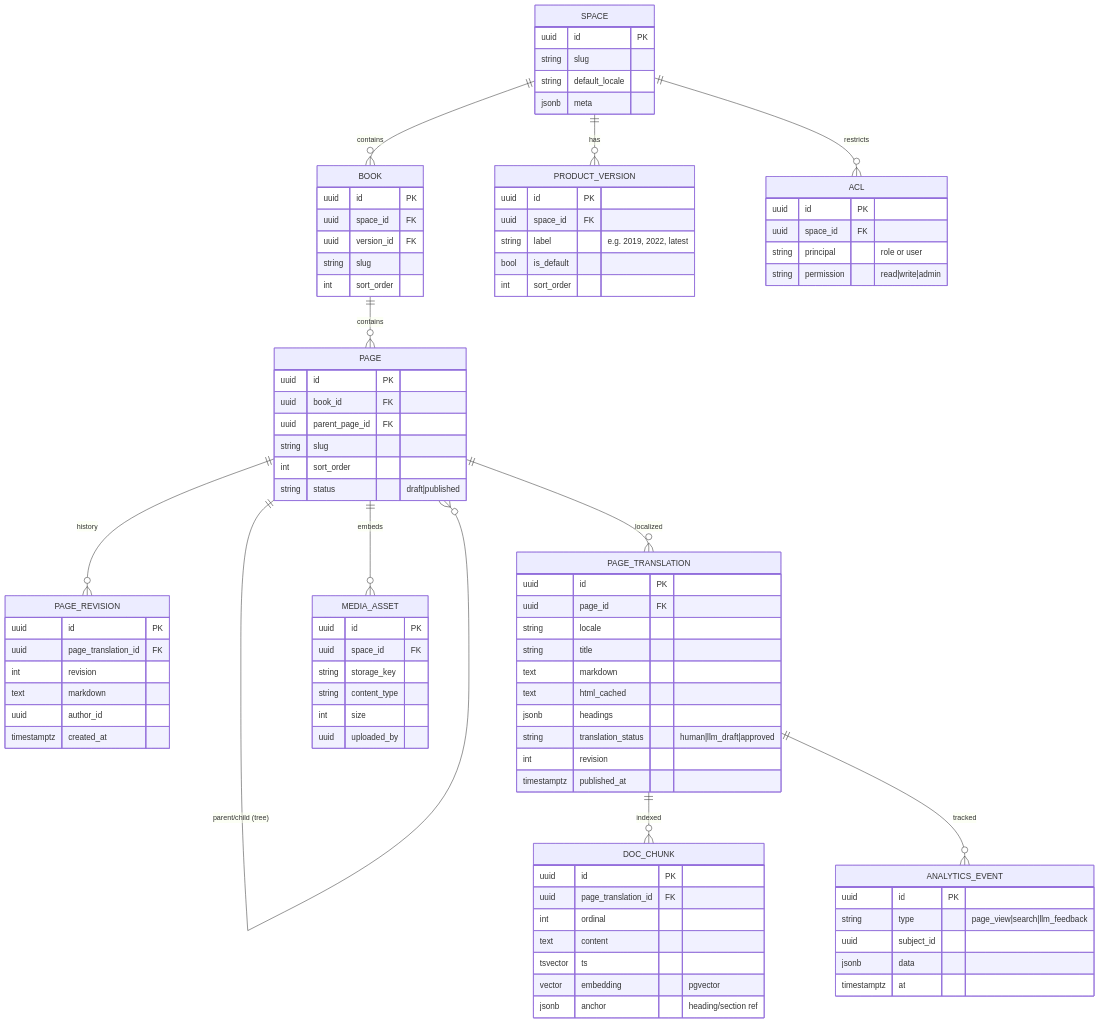
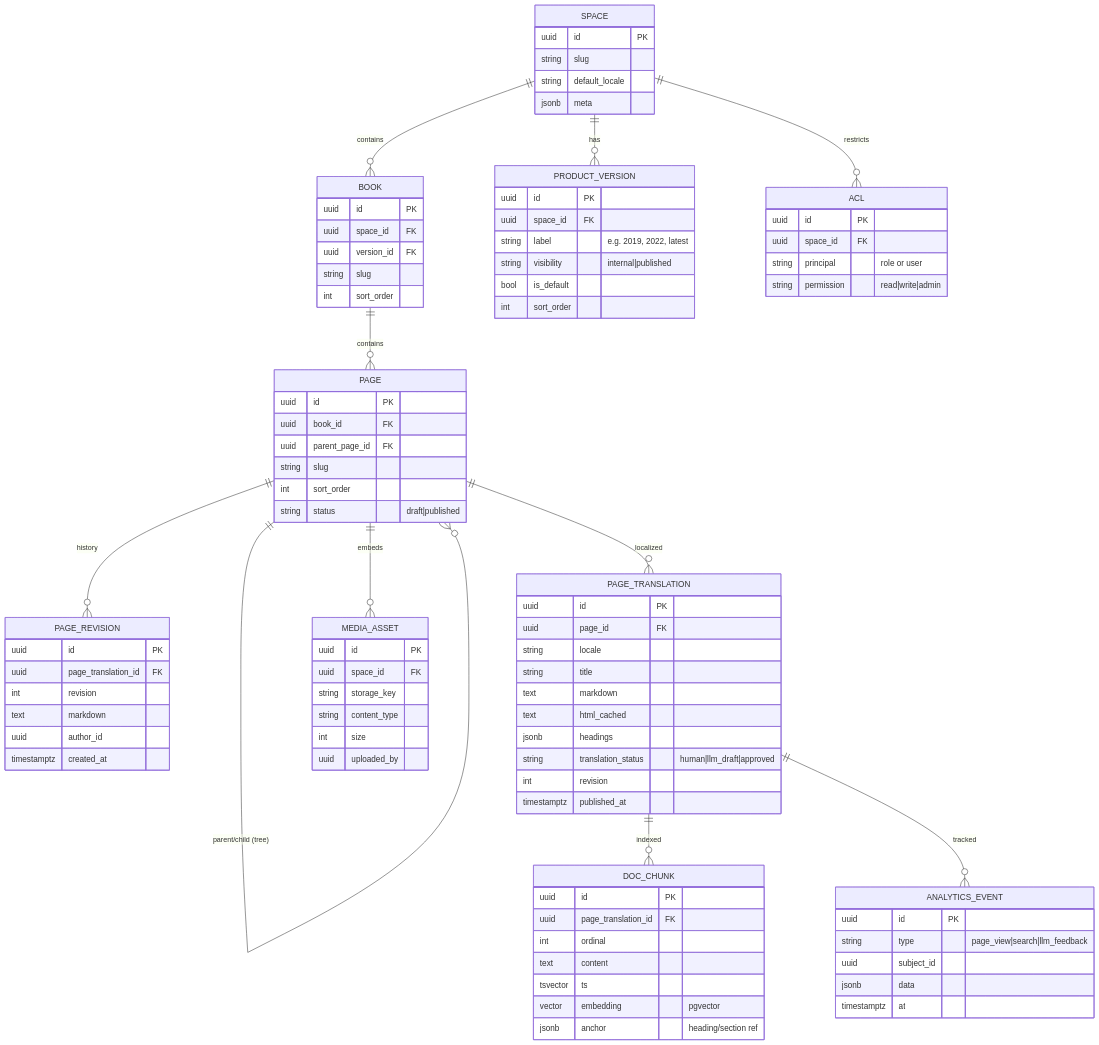
Before and after one commit to sgbhavsar-cpu/Xdocs: the second of 6 diagrams in docs/design/documentation-control-design.md, drawn with Mermaid. The commit also changed other lines of this file, not shown here.

```diff
--- a/docs/design/documentation-control-design.md
+++ b/docs/design/documentation-control-design.md
@@ -328,6 +332,7 @@
     uuid id PK
     uuid space_id FK
     string label  "e.g. 2019, 2022, latest"
+    string visibility  "internal|published"
     bool is_default
     int sort_order
   }
```
